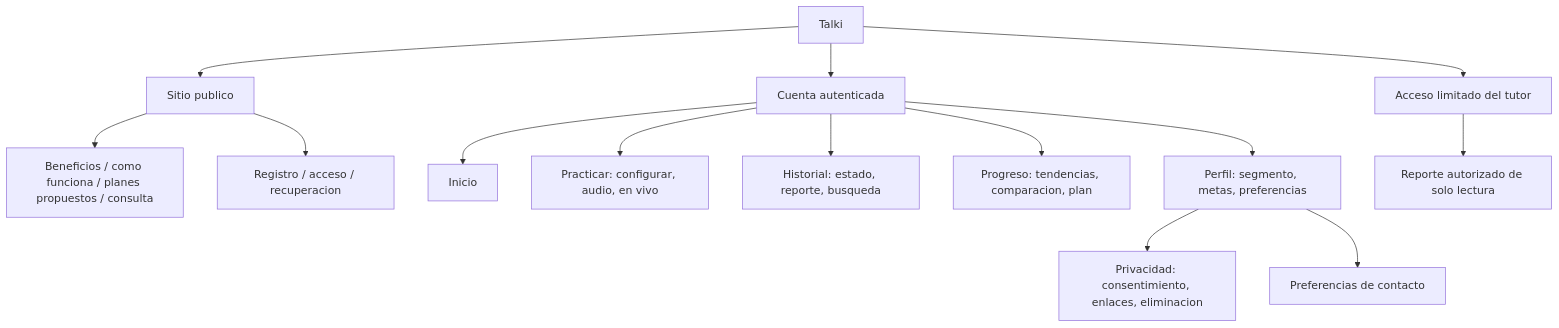
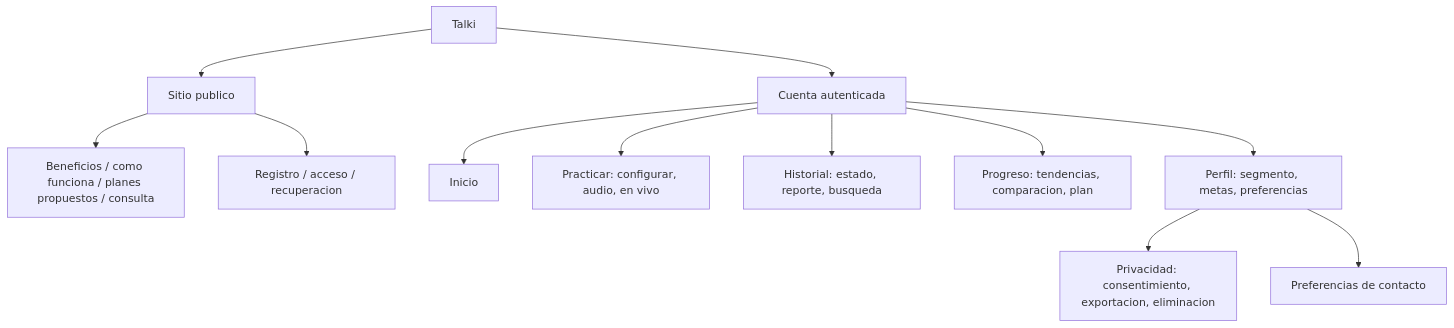
Before and after one commit to upc-pre-202620-si728-16365-thropic/talki-project-report: the diagram in assets/diagrams/ux/information-architecture.mmd, drawn with Mermaid. The commit also changed 72 other files, not shown here.

```diff
--- a/assets/diagrams/ux/information-architecture.mmd
+++ b/assets/diagrams/ux/information-architecture.mmd
@@ -1,14 +1,12 @@
 flowchart TB
   root["Talki"] --> public["Sitio publico"]
   root --> account["Cuenta autenticada"]
-  root --> limited["Acceso limitado del tutor"]
   public --> landing["Beneficios / como funciona / planes propuestos / consulta"]
   public --> auth["Registro / acceso / recuperacion"]
   account --> home["Inicio"]
   account --> practice["Practicar: configurar, audio, en vivo"]
   account --> history["Historial: estado, reporte, busqueda"]
   account --> progress["Progreso: tendencias, comparacion, plan"]
   account --> profile["Perfil: segmento, metas, preferencias"]
-  profile --> privacy["Privacidad: consentimiento, enlaces, eliminacion"]
+  profile --> privacy["Privacidad: consentimiento, exportacion, eliminacion"]
   profile --> notifications["Preferencias de contacto"]
-  limited --> report["Reporte autorizado de solo lectura"]
```
